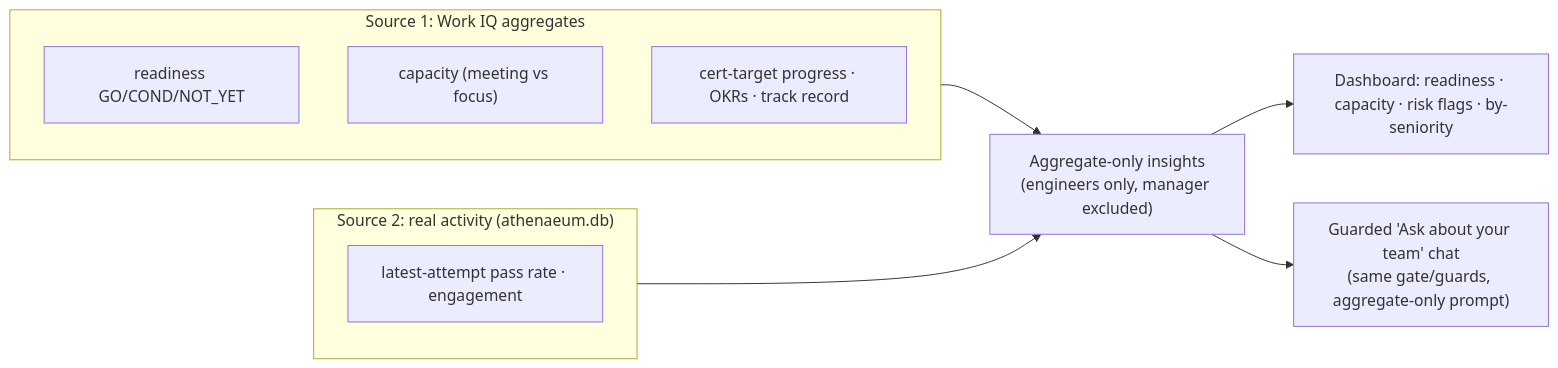
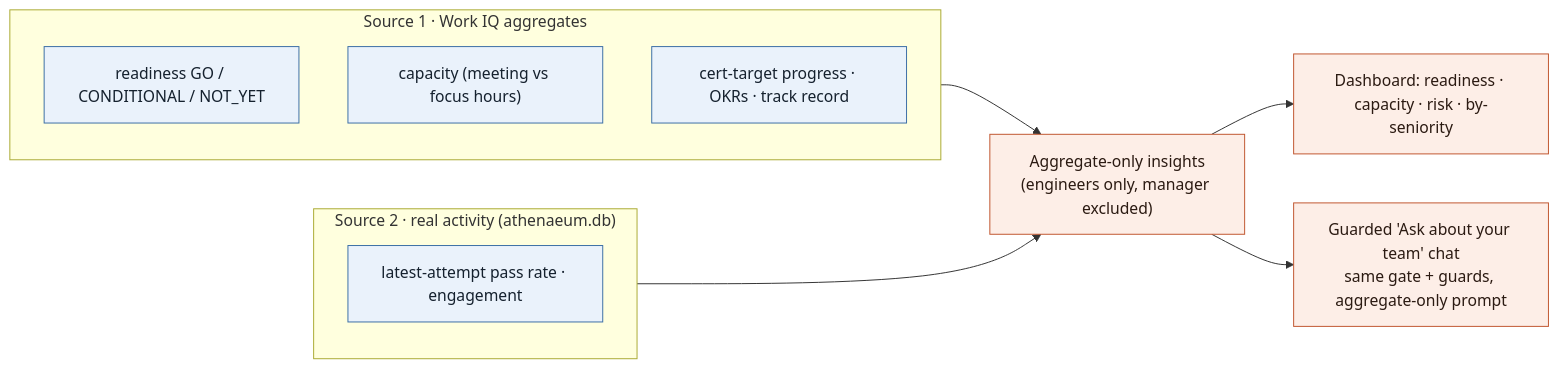
Before and after one commit to theCodeForgerHQ/msf-reasoning-agent: the tenth of 11 diagrams in README.md, drawn with Mermaid. The commit also changed other lines of this file, not shown here.

Commit message:
docs: rebuild README with diagrams, demo video link, and team section

````diff
--- a/README.md
+++ b/README.md
@@ -320,15 +416,18 @@
 ```mermaid
 flowchart LR
-    subgraph S1["Source 1: Work IQ aggregates"]
-        RD["readiness GO/COND/NOT_YET"]
-        CAP["capacity (meeting vs focus)"]
-        CT["cert-target progress · OKRs · track record"]
+    classDef src fill:#eaf2fb,stroke:#3b6ea5,color:#15212e
+    classDef agg fill:#fdeee7,stroke:#c0562f,color:#2b1a12
+
+    subgraph S1["Source 1 · Work IQ aggregates"]
+        RD["readiness GO / CONDITIONAL / NOT_YET"]:::src
+        CAP2["capacity (meeting vs focus hours)"]:::src
+        CT["cert-target progress · OKRs · track record"]:::src
     end
-    subgraph S2["Source 2: real activity (athenaeum.db)"]
-        ENG["latest-attempt pass rate · engagement"]
+    subgraph S2["Source 2 · real activity (athenaeum.db)"]
+        ENG["latest-attempt pass rate · engagement"]:::src
     end
-    S1 --> AGG["Aggregate-only insights<br/>(engineers only, manager excluded)"]
+    S1 --> AGG["Aggregate-only insights<br/>(engineers only, manager excluded)"]:::agg
     S2 --> AGG
-    AGG --> DASH["Dashboard: readiness · capacity · risk flags · by-seniority"]
-    AGG --> CHAT["Guarded 'Ask about your team' chat<br/>(same gate/guards, aggregate-only prompt)"]
+    AGG --> DASH["Dashboard: readiness · capacity · risk · by-seniority"]:::agg
+    AGG --> CHAT["Guarded 'Ask about your team' chat<br/>same gate + guards, aggregate-only prompt"]:::agg
 ```
````
